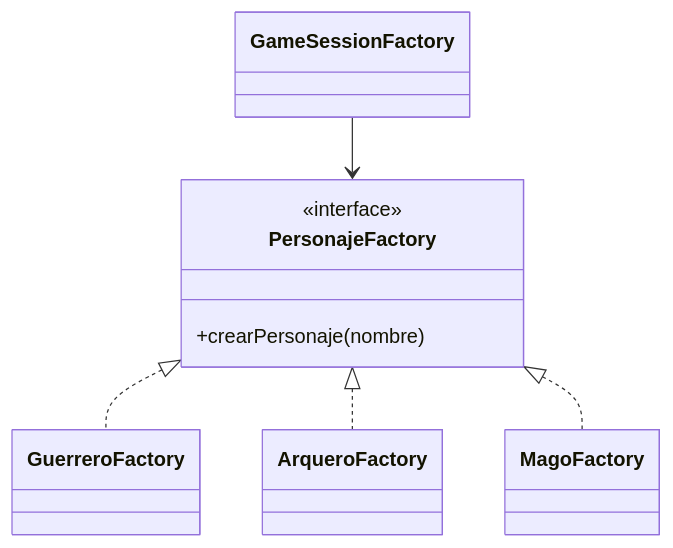
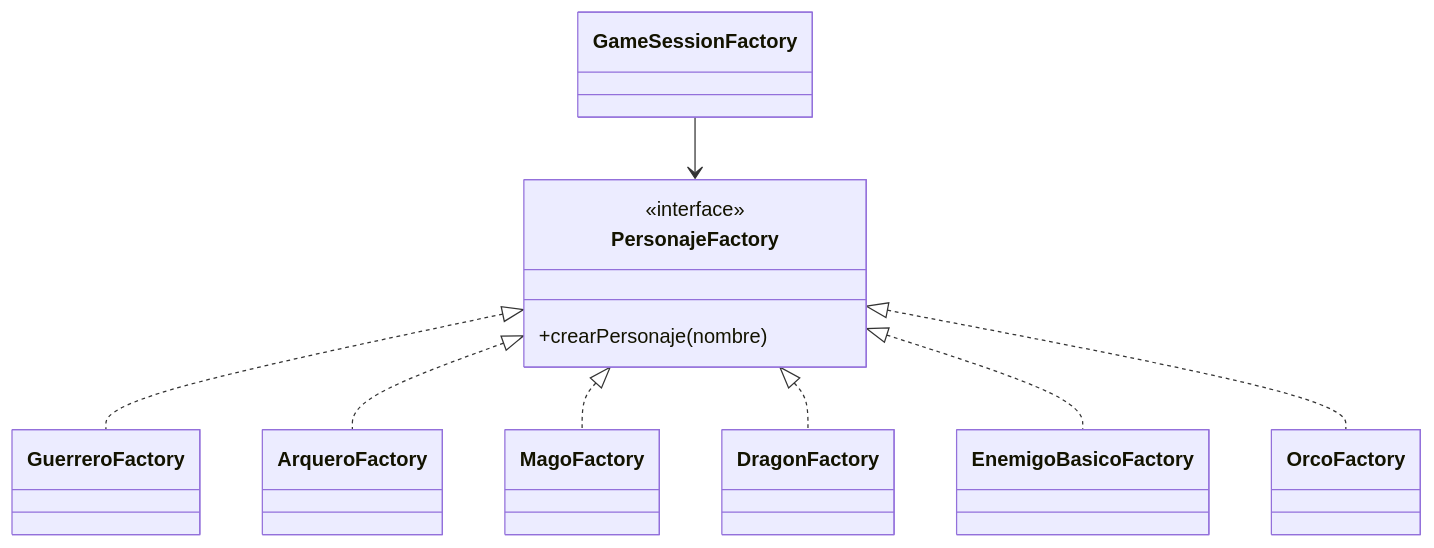
The diagram in docs/03-patterns/factory-method.md (Craos6518/dungeon-crawler-patterns), drawn with Mermaid before and after one commit. The commit also changed other lines of this file and 12 other files, not shown here.

````diff
--- a/docs/03-patterns/factory-method.md
+++ b/docs/03-patterns/factory-method.md
@@ -27,11 +32,14 @@
 ```mermaid
 classDiagram
     class PersonajeFactory {
         <<interface>>
         +crearPersonaje(nombre)
     }
     PersonajeFactory <|.. GuerreroFactory
     PersonajeFactory <|.. ArqueroFactory
     PersonajeFactory <|.. MagoFactory
+  PersonajeFactory <|.. DragonFactory
+  PersonajeFactory <|.. EnemigoBasicoFactory
+  PersonajeFactory <|.. OrcoFactory
     GameSessionFactory --> PersonajeFactory
 ```
````
